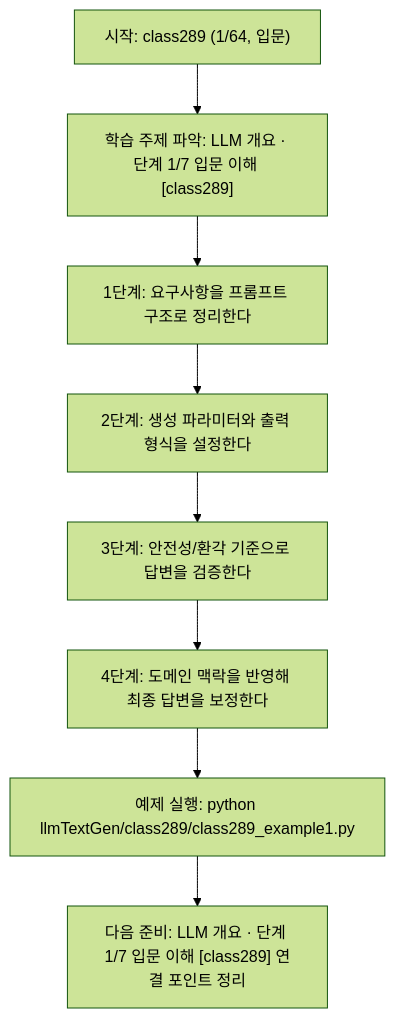
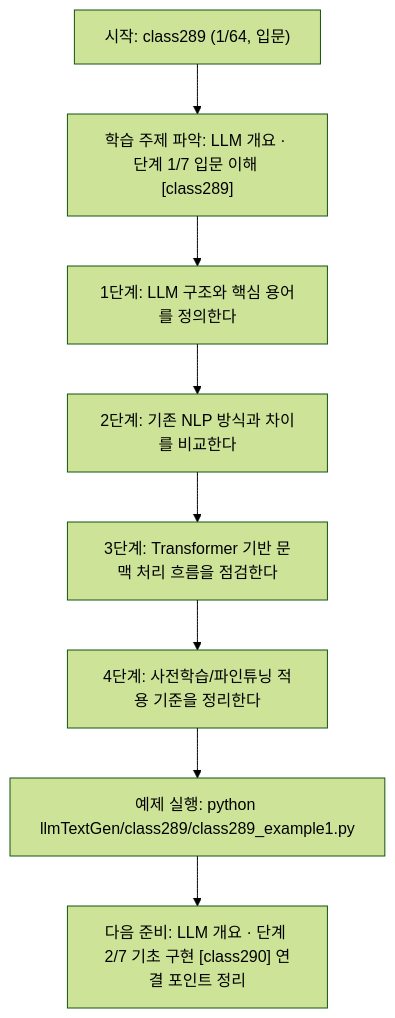
One commit to edumgt/Python-AI_Agent-Class changed the diagram in llmTextGen/class289/class289.md. Above: the diagram before and after it, drawn with Mermaid (forest theme). The commit also changed other lines of this file and 451 other files, not shown here.

````diff
--- a/llmTextGen/class289/class289.md
+++ b/llmTextGen/class289/class289.md
@@ -113,18 +95,18 @@
 ```mermaid
 flowchart TD
 N1["시작: class289 (1/64, 입문)"]
 N2["학습 주제 파악: LLM 개요 · 단계 1/7 입문 이해 [class289]"]
-N3["1단계: 요구사항을 프롬프트 구조로 정리한다"]
-N4["2단계: 생성 파라미터와 출력 형식을 설정한다"]
-N5["3단계: 안전성/환각 기준으로 답변을 검증한다"]
-N6["4단계: 도메인 맥락을 반영해 최종 답변을 보정한다"]
+N3["1단계: LLM 구조와 핵심 용어를 정의한다"]
+N4["2단계: 기존 NLP 방식과 차이를 비교한다"]
+N5["3단계: Transformer 기반 문맥 처리 흐름을 점검한다"]
+N6["4단계: 사전학습/파인튜닝 적용 기준을 정리한다"]
 N7["예제 실행: python llmTextGen/class289/class289_example1.py"]
-N8["다음 준비: LLM 개요 · 단계 1/7 입문 이해 [class289] 연결 포인트 정리"]
+N8["다음 준비: LLM 개요 · 단계 2/7 기초 구현 [class290] 연결 포인트 정리"]
 N1 --> N2
 N2 --> N3
 N3 --> N4
 N4 --> N5
 N5 --> N6
 N6 --> N7
 N7 --> N8
 ```
````
